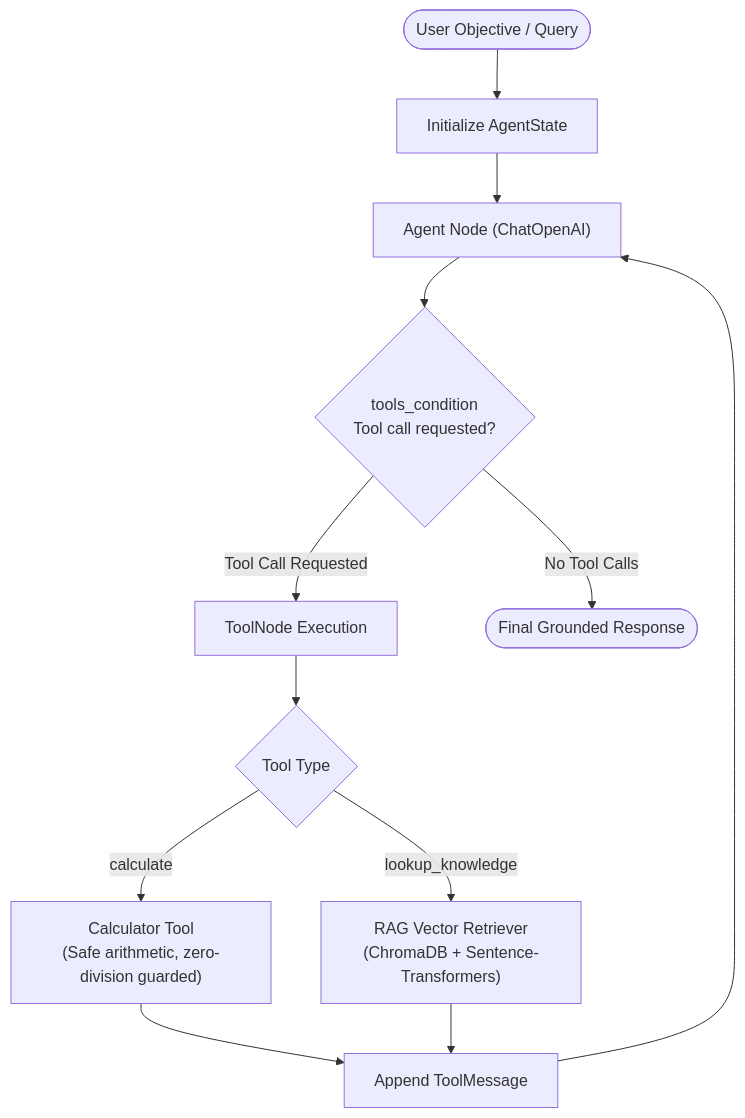
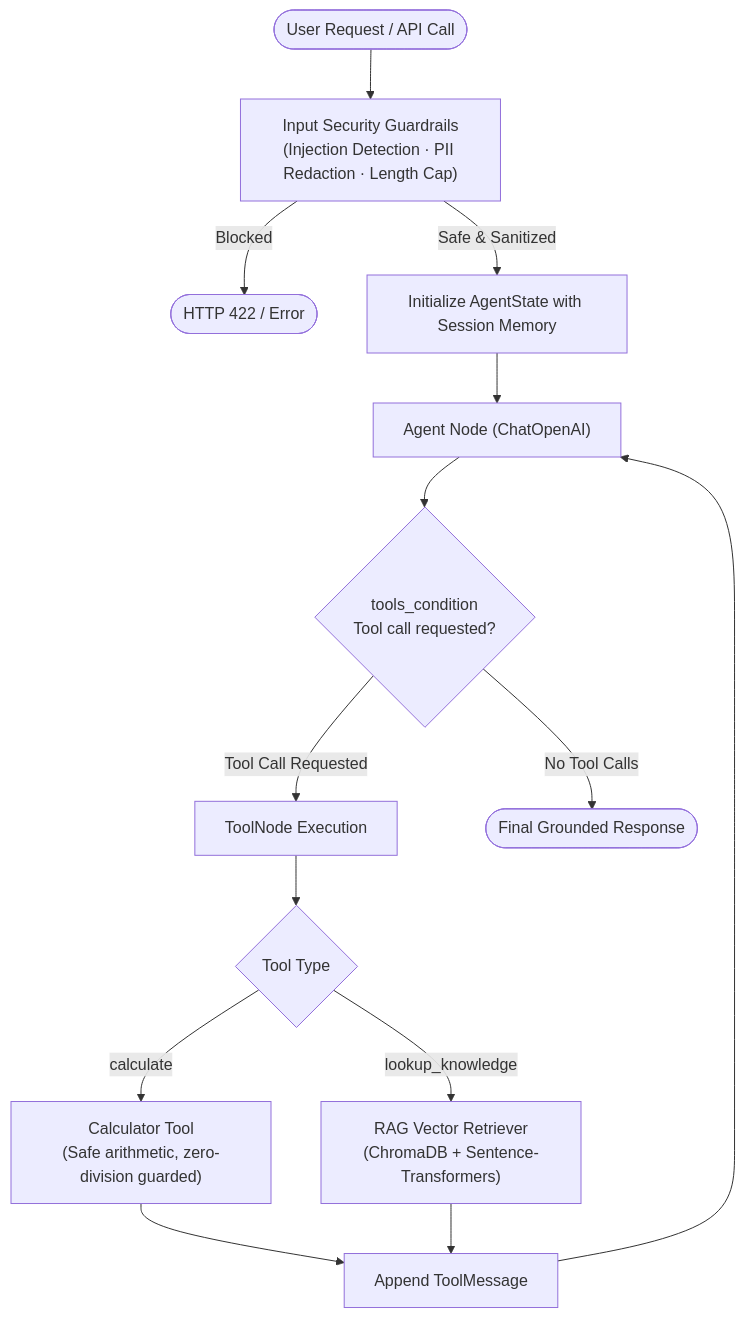
The first of 2 diagrams in README.md (mohitmasavarapu19/agentops-ai), drawn with Mermaid before and after one commit. The commit also changed other lines of this file, not shown here.

Commit message:
docs: update README with full Milestones 1-7, FastAPI, Memory, Security, and Evaluation

````diff
--- a/README.md
+++ b/README.md
@@ -13,18 +19,20 @@
 ```mermaid
 flowchart TD
-    UserQuery([User Objective / Query]) --> StateInit[Initialize AgentState]
+    UserQuery([User Request / API Call]) --> Guardrails["Input Security Guardrails\n(Injection Detection · PII Redaction · Length Cap)"]
+    Guardrails -- "Blocked" --> BlockedErr([HTTP 422 / Error])
+    Guardrails -- "Safe & Sanitized" --> StateInit[Initialize AgentState with Session Memory]
     StateInit --> AgentNode["Agent Node (ChatOpenAI)"]
     AgentNode --> RoutingEdge{tools_condition\nTool call requested?}
 
     RoutingEdge -- "Tool Call Requested" --> ToolExec["ToolNode Execution"]
     ToolExec --> ToolSelect{Tool Type}
     
     ToolSelect -- "calculate" --> CalcTool["Calculator Tool\n(Safe arithmetic, zero-division guarded)"]
     ToolSelect -- "lookup_knowledge" --> RAGRetriever["RAG Vector Retriever\n(ChromaDB + Sentence-Transformers)"]
 
     CalcTool --> FeedbackEdge[Append ToolMessage]
     RAGRetriever --> FeedbackEdge
     FeedbackEdge --> AgentNode
 
     RoutingEdge -- "No Tool Calls" --> FinalResponse([Final Grounded Response])
 ```
````
